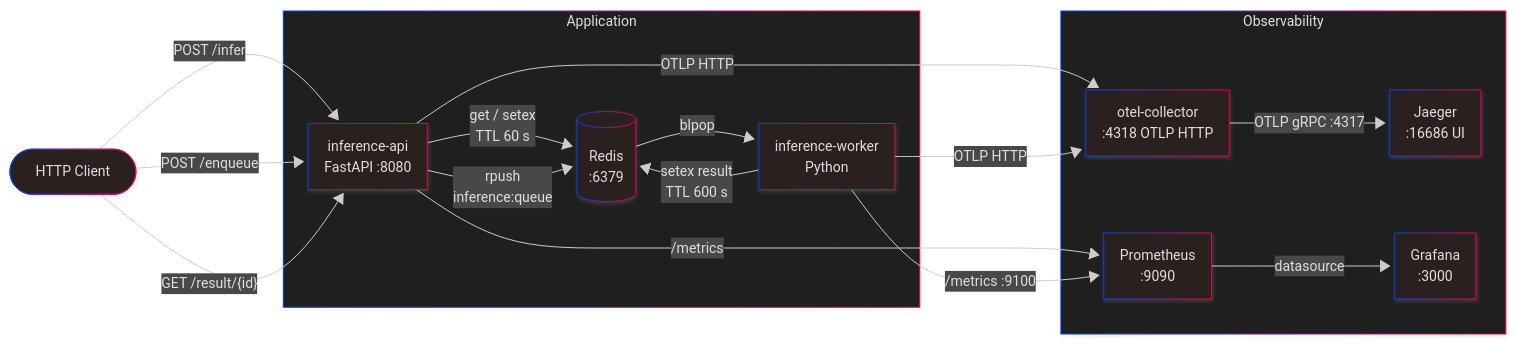
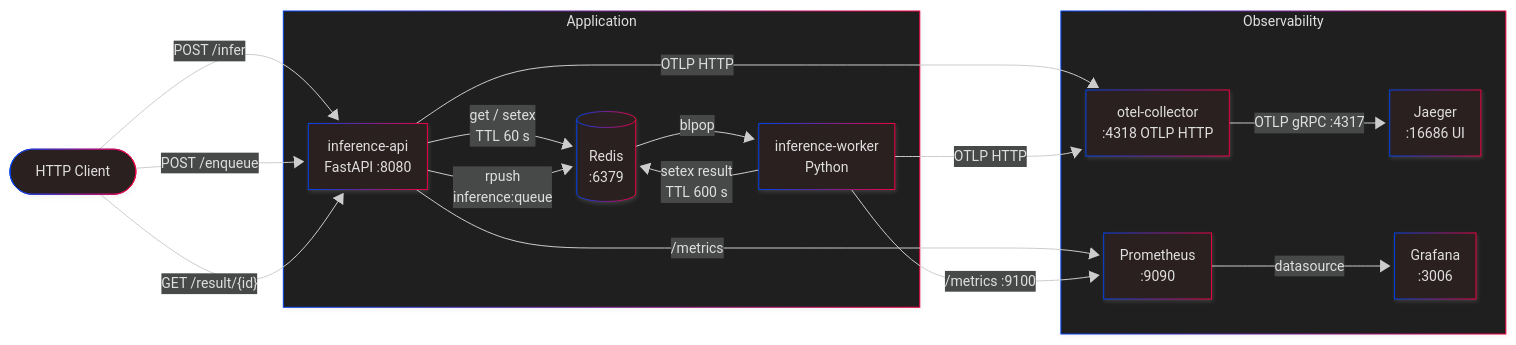
One commit to paxsolutions/online-inference-platform-demo changed the diagram in README.md. Above: the diagram before and after it, drawn with Mermaid. The commit also changed other lines of this file and 1 other file, not shown here.

````diff
--- a/README.md
+++ b/README.md
@@ -9,43 +9,43 @@
 ```mermaid
 ---
 config:
   theme: neo-dark
   look: neo
   fontFamily: '''Recursive Variable'', sans-serif'
   themeVariables:
     fontFamily: '''Recursive Variable'', sans-serif'
 ---
 
 flowchart LR
     Client(["HTTP Client"])
 
     subgraph app ["Application"]
         API["inference-api\nFastAPI :8080"]
         Worker["inference-worker\nPython"]
         Redis[("Redis\n:6379")]
     end
 
     subgraph obs ["Observability"]
         OTel["otel-collector\n:4318 OTLP HTTP"]
         Jaeger["Jaeger\n:16686 UI"]
         Prom["Prometheus\n:9090"]
-        Grafana["Grafana\n:3000"]
+        Grafana["Grafana\n:3006"]
     end
 
     Client -->|"POST /infer"| API
     Client -->|"POST /enqueue"| API
     Client -->|"GET /result/{id}"| API
 
     API -->|"get / setex\nTTL 60 s"| Redis
     API -->|"rpush\ninference:queue"| Redis
     Redis -->|"blpop"| Worker
     Worker -->|"setex result\nTTL 600 s"| Redis
 
     API -->|"OTLP HTTP"| OTel
     Worker -->|"OTLP HTTP"| OTel
     OTel -->|"OTLP gRPC :4317"| Jaeger
 
     API -->|"/metrics"| Prom
     Worker -->|"/metrics :9100"| Prom
     Prom -->|"datasource"| Grafana
 ```
````
